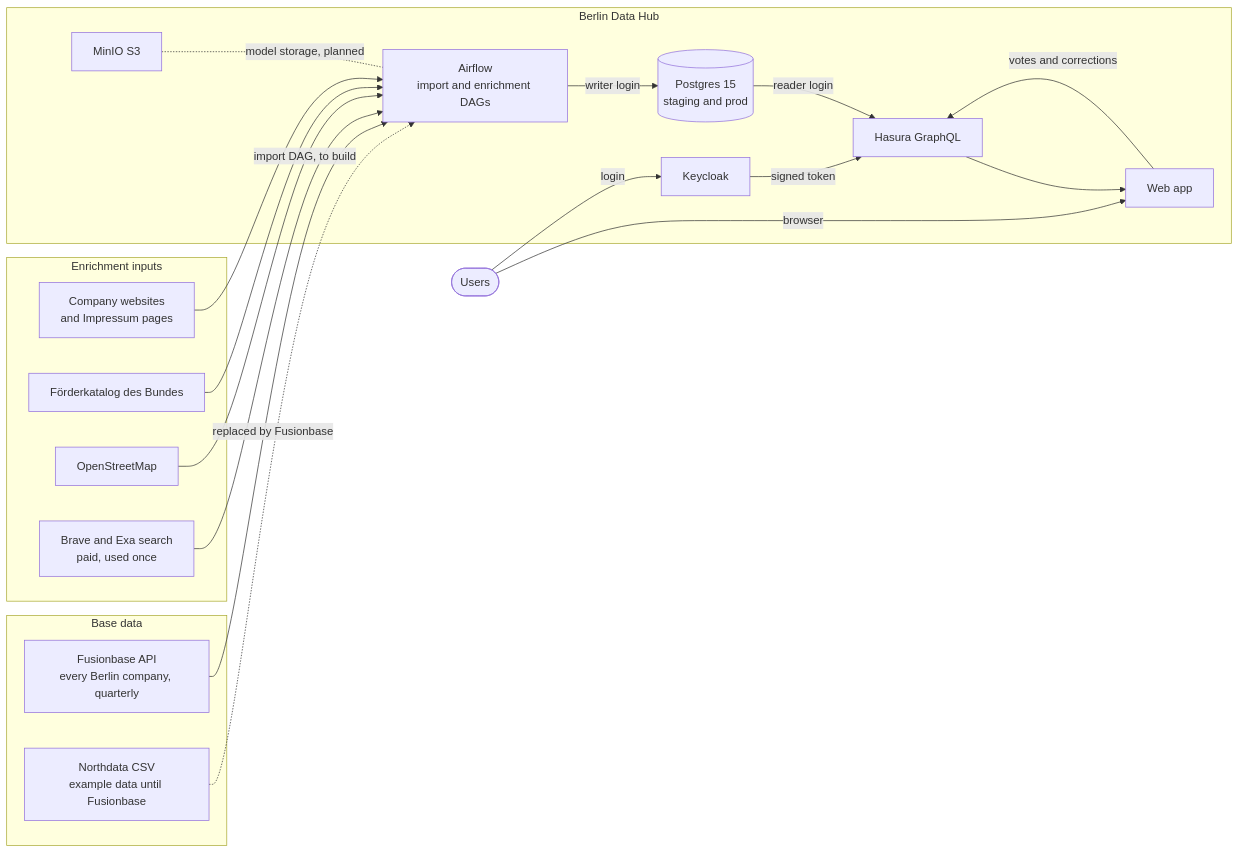
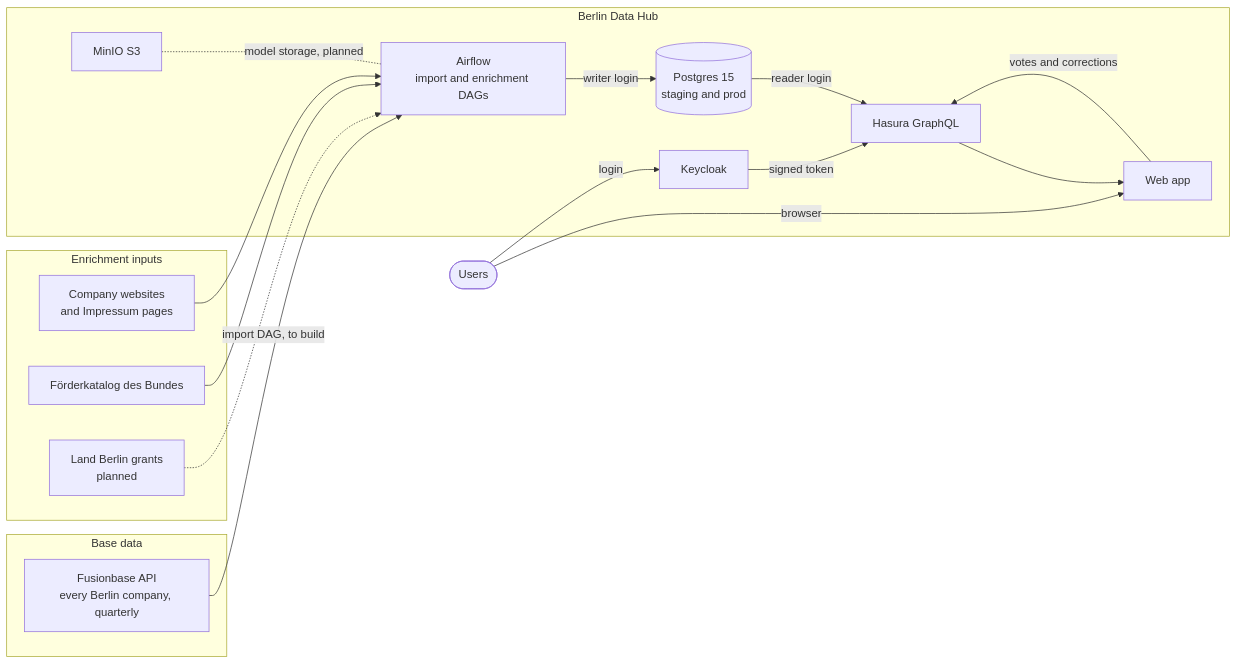
Before and after one commit to technologiestiftung/unternehmensdatenbank: the first of 12 diagrams in docs/architecture-overview.md, drawn with Mermaid. The commit also changed other lines of this file and 4 other files, not shown here.

````diff
--- a/docs/architecture-overview.md
+++ b/docs/architecture-overview.md
@@ -20,40 +20,36 @@
 ```mermaid
 flowchart LR
   subgraph BASE["Base data"]
     FB["Fusionbase API<br/>every Berlin company, quarterly"]
-    ND["Northdata CSV<br/>example data until Fusionbase"]
   end
 
   subgraph ENRICH["Enrichment inputs"]
     WEB["Company websites<br/>and Impressum pages"]
     FK["Förderkatalog des Bundes"]
-    OSM["OpenStreetMap"]
-    PAID["Brave and Exa search<br/>paid, used once"]
+    LB["Land Berlin grants<br/>planned"]
   end
 
   subgraph HUB["Berlin Data Hub"]
     AF["Airflow<br/>import and enrichment DAGs"]
     PG[("Postgres 15<br/>staging and prod")]
     HS["Hasura GraphQL"]
     KC["Keycloak"]
     S3["MinIO S3"]
     APP["Web app"]
   end
 
   USERS(["Users"])
 
   FB -->|"import DAG, to build"| AF
-  ND -.->|"replaced by Fusionbase"| AF
   WEB --> AF
   FK --> AF
-  OSM --> AF
-  PAID --> AF
+  LB -.-> AF
   AF -->|"writer login"| PG
   PG -->|"reader login"| HS
   HS --> APP
   KC -->|"signed token"| HS
   USERS -->|"browser"| APP
   USERS -->|"login"| KC
   APP -->|"votes and corrections"| HS
   S3 -.-|"model storage, planned"| AF
 ```
````
